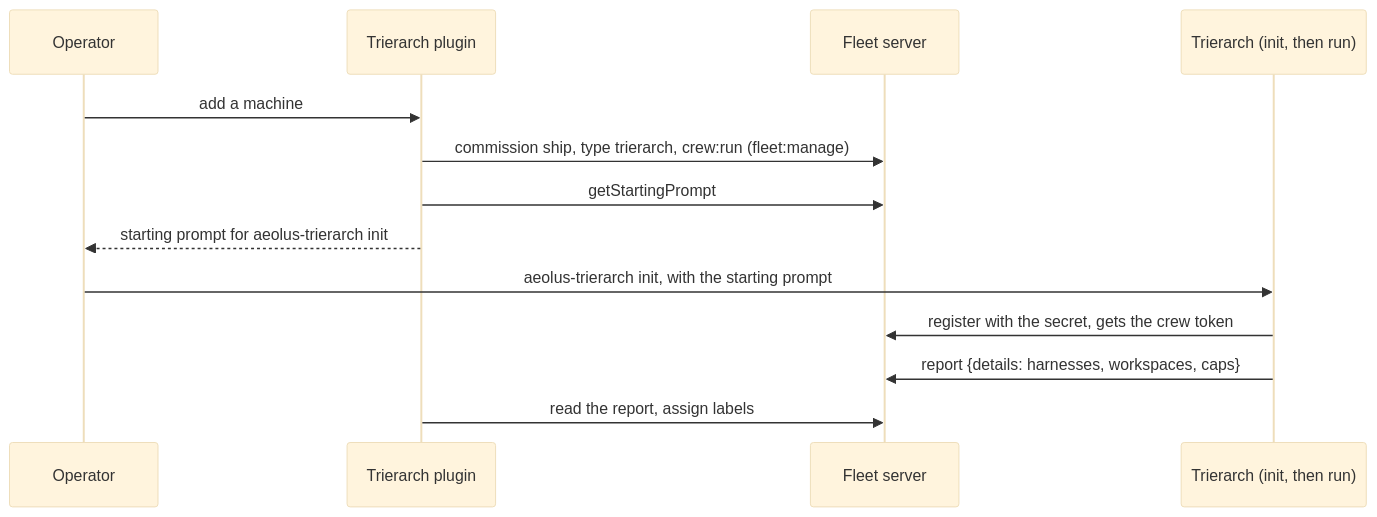
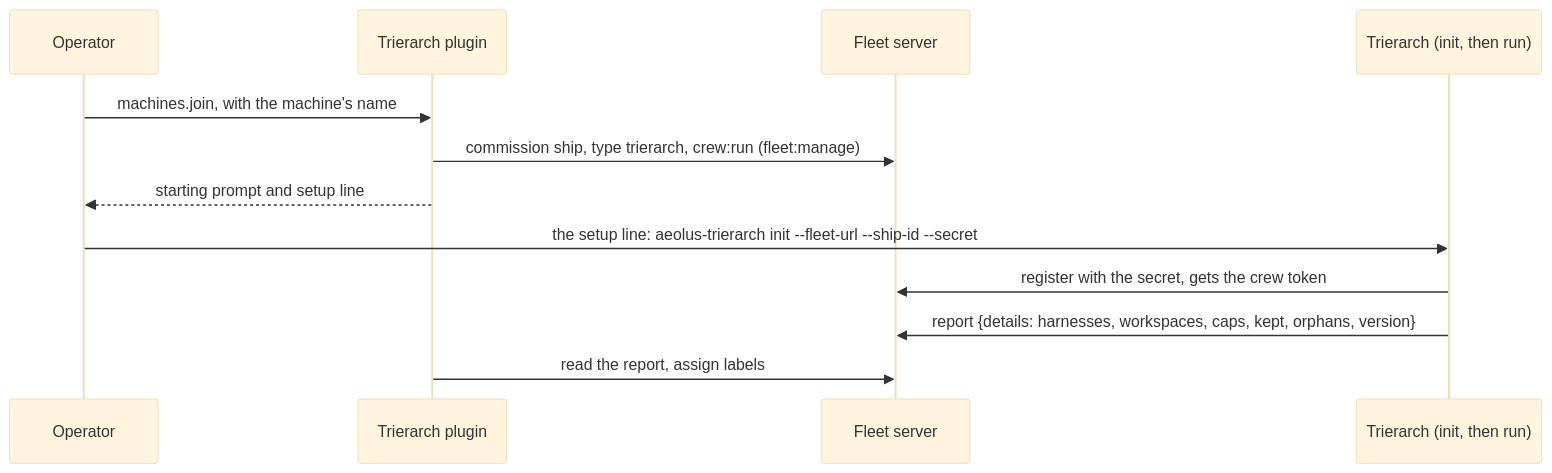
The second of 6 diagrams in docs/architecture.md (ThomasHendrickx/aeolus-fleet), drawn with Mermaid (base theme) before and after one commit. The commit also changed other lines of this file and 4 other files, not shown here.

First line of the commit message:
docs(trierarch-plugin): a machine joins with a setup line, the trierarch reports on start and on change, and the package's README

````diff
--- a/docs/architecture.md
+++ b/docs/architecture.md
@@ -241,15 +241,14 @@
 ```mermaid
 sequenceDiagram
   participant O as Operator
   participant P as Trierarch plugin
   participant F as Fleet server
   participant T as Trierarch (init, then run)
-  O->>P: add a machine
+  O->>P: machines.join, with the machine's name
   P->>F: commission ship, type trierarch, crew:run (fleet:manage)
-  P->>F: getStartingPrompt
-  P-->>O: starting prompt for aeolus-trierarch init
-  O->>T: aeolus-trierarch init, with the starting prompt
+  P-->>O: starting prompt and setup line
+  O->>T: the setup line: aeolus-trierarch init --fleet-url --ship-id --secret
   T->>F: register with the secret, gets the crew token
-  T->>F: report {details: harnesses, workspaces, caps}
+  T->>F: report {details: harnesses, workspaces, caps, kept, orphans, version}
   P->>F: read the report, assign labels
 ```
````
